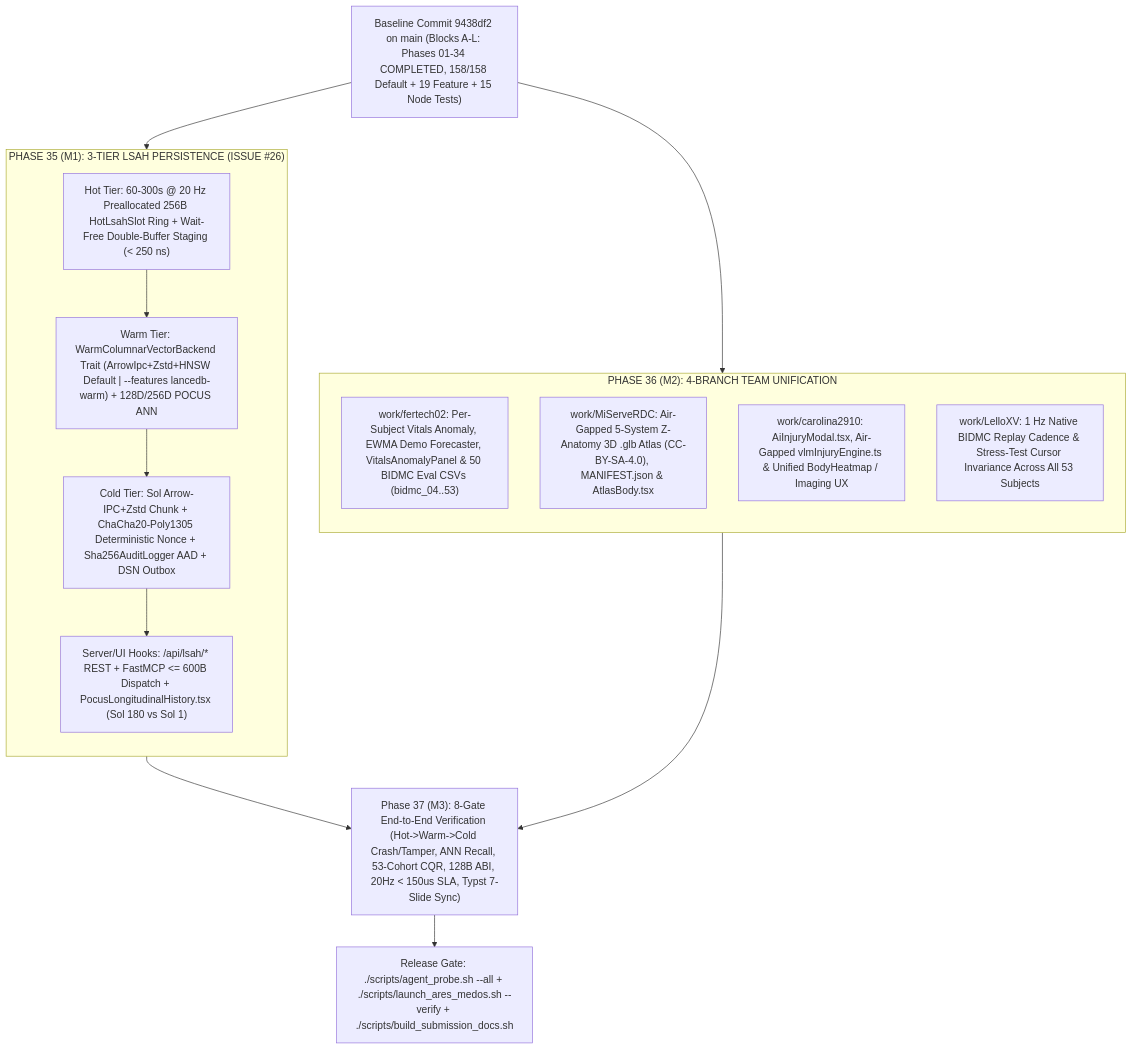
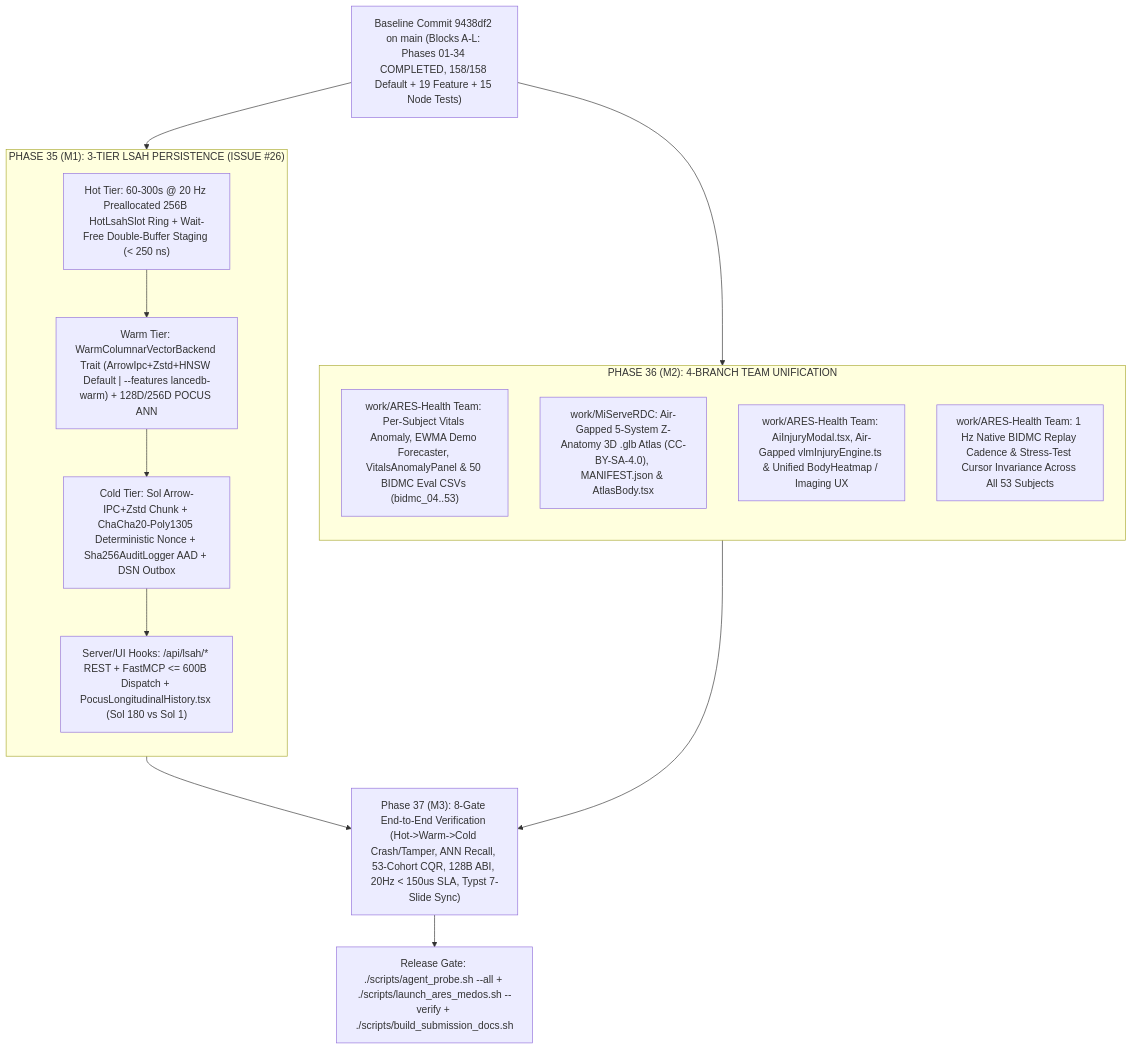
The first of 2 diagrams in docs/plans/BLOCK_M_GAP_CLOSURE_ARCHITECTURE.md (MiServeRDC/nasa-space-apps-2026), drawn with Mermaid before and after one commit. The commit also changed other lines of this file and 69 other files, not shown here.

````diff
--- a/docs/plans/BLOCK_M_GAP_CLOSURE_ARCHITECTURE.md
+++ b/docs/plans/BLOCK_M_GAP_CLOSURE_ARCHITECTURE.md
@@ -42,30 +42,30 @@
 ```mermaid
 flowchart TB
     Baseline["Baseline Commit 9438df2 on main (Blocks A-L: Phases 01-34 COMPLETED, 158/158 Default + 19 Feature + 15 Node Tests)"]
 
     subgraph Track_M1["PHASE 35 (M1): 3-TIER LSAH PERSISTENCE (ISSUE #26)"]
         direction TB
         M1_Hot["Hot Tier: 60-300s @ 20 Hz Preallocated 256B HotLsahSlot Ring + Wait-Free Double-Buffer Staging (< 250 ns)"]
         M1_Warm["Warm Tier: WarmColumnarVectorBackend Trait (ArrowIpc+Zstd+HNSW Default | --features lancedb-warm) + 128D/256D POCUS ANN"]
         M1_Cold["Cold Tier: Sol Arrow-IPC+Zstd Chunk + ChaCha20-Poly1305 Deterministic Nonce + Sha256AuditLogger AAD + DSN Outbox"]
         M1_UI["Server/UI Hooks: /api/lsah/* REST + FastMCP <= 600B Dispatch + PocusLongitudinalHistory.tsx (Sol 180 vs Sol 1)"]
         M1_Hot --> M1_Warm --> M1_Cold --> M1_UI
     end
 
     subgraph Track_M2["PHASE 36 (M2): 4-BRANCH TEAM UNIFICATION"]
         direction TB
-        M2_Fer["work/fertech02: Per-Subject Vitals Anomaly, EWMA Demo Forecaster, VitalsAnomalyPanel & 50 BIDMC Eval CSVs (bidmc_04..53)"]
+        M2_Fer["work/ARES-Health Team: Per-Subject Vitals Anomaly, EWMA Demo Forecaster, VitalsAnomalyPanel & 50 BIDMC Eval CSVs (bidmc_04..53)"]
         M2_Ale["work/MiServeRDC: Air-Gapped 5-System Z-Anatomy 3D .glb Atlas (CC-BY-SA-4.0), MANIFEST.json & AtlasBody.tsx"]
-        M2_Car["work/carolina2910: AiInjuryModal.tsx, Air-Gapped vlmInjuryEngine.ts & Unified BodyHeatmap / Imaging UX"]
-        M2_Lel["work/LelloXV: 1 Hz Native BIDMC Replay Cadence & Stress-Test Cursor Invariance Across All 53 Subjects"]
+        M2_Car["work/ARES-Health Team: AiInjuryModal.tsx, Air-Gapped vlmInjuryEngine.ts & Unified BodyHeatmap / Imaging UX"]
+        M2_Lel["work/ARES-Health Team: 1 Hz Native BIDMC Replay Cadence & Stress-Test Cursor Invariance Across All 53 Subjects"]
     end
 
     M3["Phase 37 (M3): 8-Gate End-to-End Verification (Hot->Warm->Cold Crash/Tamper, ANN Recall, 53-Cohort CQR, 128B ABI, 20Hz < 150us SLA, Typst 7-Slide Sync)"]
     Gate["Release Gate: ./scripts/agent_probe.sh --all + ./scripts/launch_ares_medos.sh --verify + ./scripts/build_submission_docs.sh"]
 
     Baseline --> Track_M1
     Baseline --> Track_M2
     Track_M1 --> M3
     Track_M2 --> M3
     M3 --> Gate
 ```
````
